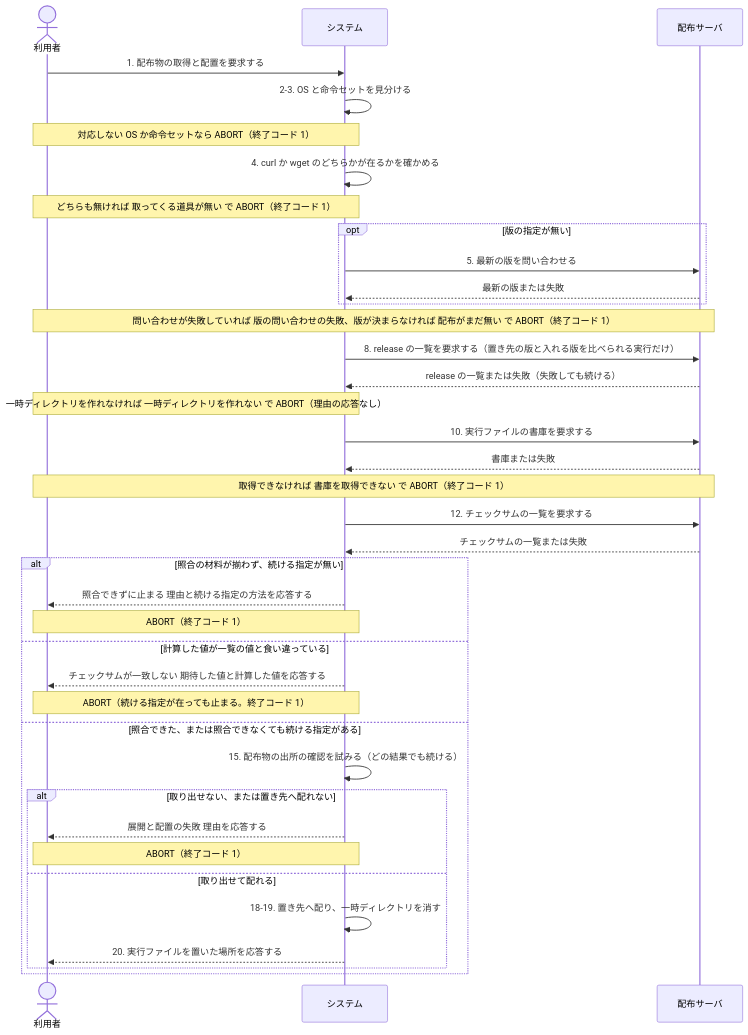
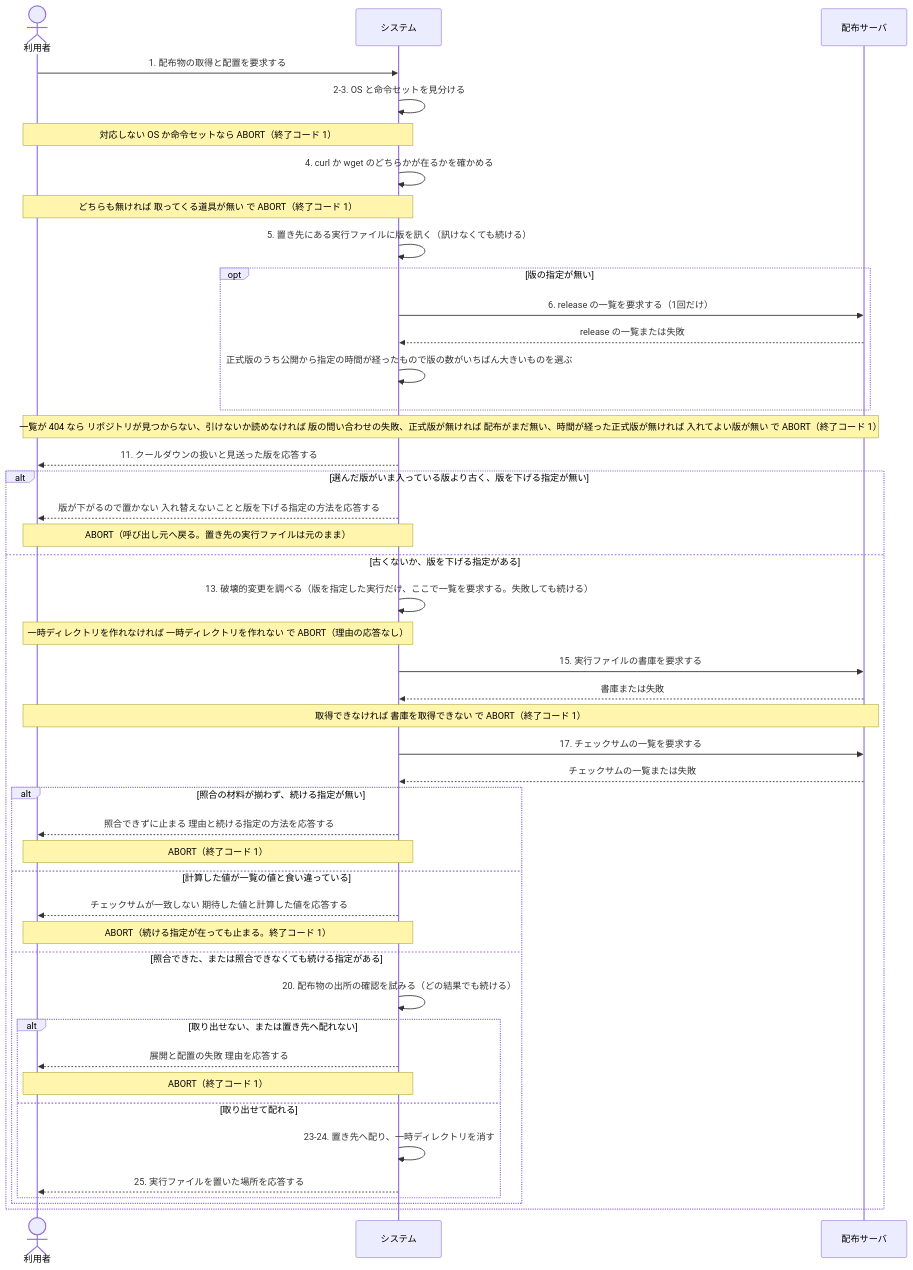
Before and after one commit to maimuzo/continuo: the second of 2 diagrams in docs/spec/usecases/particular_case/配布物を取って置く.rucm.md, drawn with Mermaid. The commit also changed other lines of this file and 12 other files, not shown here.

````diff
--- a/docs/spec/usecases/particular_case/配布物を取って置く.rucm.md
+++ b/docs/spec/usecases/particular_case/配布物を取って置く.rucm.md
@@ -306,41 +414,48 @@
 ```mermaid
 sequenceDiagram
     actor USER as 利用者
     participant SYS as システム
     participant REL as 配布サーバ
 
     USER->>SYS: 1. 配布物の取得と配置を要求する
     SYS->>SYS: 2-3. OS と命令セットを見分ける
     Note over USER,SYS: 対応しない OS か命令セットなら ABORT（終了コード 1）
     SYS->>SYS: 4. curl か wget のどちらかが在るかを確かめる
     Note over USER,SYS: どちらも無ければ 取ってくる道具が無い で ABORT（終了コード 1）
+    SYS->>SYS: 5. 置き先にある実行ファイルに版を訊く（訊けなくても続ける）
     opt 版の指定が無い
-        SYS->>REL: 5. 最新の版を問い合わせる
-        REL-->>SYS: 最新の版または失敗
+        SYS->>REL: 6. release の一覧を要求する（1回だけ）
+        REL-->>SYS: release の一覧または失敗
+        SYS->>SYS: 正式版のうち公開から指定の時間が経ったもので版の数がいちばん大きいものを選ぶ
     end
-    Note over USER,REL: 問い合わせが失敗していれば 版の問い合わせの失敗、版が決まらなければ 配布がまだ無い で ABORT（終了コード 1）
-    SYS->>REL: 8. release の一覧を要求する（置き先の版と入れる版を比べられる実行だけ）
-    REL-->>SYS: release の一覧または失敗（失敗しても続ける）
-    Note over USER,SYS: 一時ディレクトリを作れなければ 一時ディレクトリを作れない で ABORT（理由の応答なし）
-    SYS->>REL: 10. 実行ファイルの書庫を要求する
-    REL-->>SYS: 書庫または失敗
-    Note over USER,REL: 取得できなければ 書庫を取得できない で ABORT（終了コード 1）
-    SYS->>REL: 12. チェックサムの一覧を要求する
-    REL-->>SYS: チェックサムの一覧または失敗
-    alt 照合の材料が揃わず、続ける指定が無い
-        SYS-->>USER: 照合できずに止まる 理由と続ける指定の方法を応答する
-        Note over USER,SYS: ABORT（終了コード 1）
-    else 計算した値が一覧の値と食い違っている
-        SYS-->>USER: チェックサムが一致しない 期待した値と計算した値を応答する
-        Note over USER,SYS: ABORT（続ける指定が在っても止まる。終了コード 1）
-    else 照合できた、または照合できなくても続ける指定がある
-        SYS->>SYS: 15. 配布物の出所の確認を試みる（どの結果でも続ける）
-        alt 取り出せない、または置き先へ配れない
-            SYS-->>USER: 展開と配置の失敗 理由を応答する
+    Note over USER,REL: 一覧が 404 なら リポジトリが見つからない、引けないか読めなければ 版の問い合わせの失敗、正式版が無ければ 配布がまだ無い、時間が経った正式版が無ければ 入れてよい版が無い で ABORT（終了コード 1）
+    SYS-->>USER: 11. クールダウンの扱いと見送った版を応答する
+    alt 選んだ版がいま入っている版より古く、版を下げる指定が無い
+        SYS-->>USER: 版が下がるので置かない 入れ替えないことと版を下げる指定の方法を応答する
+        Note over USER,SYS: ABORT（呼び出し元へ戻る。置き先の実行ファイルは元のまま）
+    else 古くないか、版を下げる指定がある
+        SYS->>SYS: 13. 破壊的変更を調べる（版を指定した実行だけ、ここで一覧を要求する。失敗しても続ける）
+        Note over USER,SYS: 一時ディレクトリを作れなければ 一時ディレクトリを作れない で ABORT（理由の応答なし）
+        SYS->>REL: 15. 実行ファイルの書庫を要求する
+        REL-->>SYS: 書庫または失敗
+        Note over USER,REL: 取得できなければ 書庫を取得できない で ABORT（終了コード 1）
+        SYS->>REL: 17. チェックサムの一覧を要求する
+        REL-->>SYS: チェックサムの一覧または失敗
+        alt 照合の材料が揃わず、続ける指定が無い
+            SYS-->>USER: 照合できずに止まる 理由と続ける指定の方法を応答する
             Note over USER,SYS: ABORT（終了コード 1）
-        else 取り出せて配れる
-            SYS->>SYS: 18-19. 置き先へ配り、一時ディレクトリを消す
-            SYS-->>USER: 20. 実行ファイルを置いた場所を応答する
+        else 計算した値が一覧の値と食い違っている
+            SYS-->>USER: チェックサムが一致しない 期待した値と計算した値を応答する
+            Note over USER,SYS: ABORT（続ける指定が在っても止まる。終了コード 1）
+        else 照合できた、または照合できなくても続ける指定がある
+            SYS->>SYS: 20. 配布物の出所の確認を試みる（どの結果でも続ける）
+            alt 取り出せない、または置き先へ配れない
+                SYS-->>USER: 展開と配置の失敗 理由を応答する
+                Note over USER,SYS: ABORT（終了コード 1）
+            else 取り出せて配れる
+                SYS->>SYS: 23-24. 置き先へ配り、一時ディレクトリを消す
+                SYS-->>USER: 25. 実行ファイルを置いた場所を応答する
+            end
         end
     end
 ```
````
